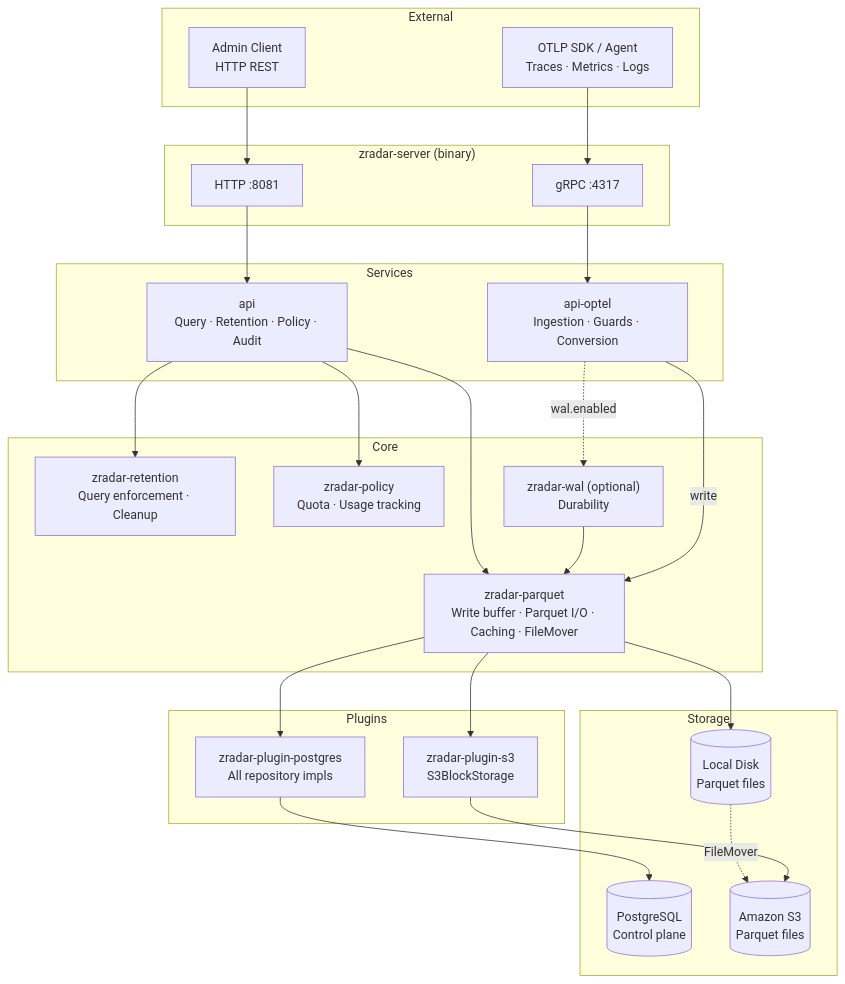
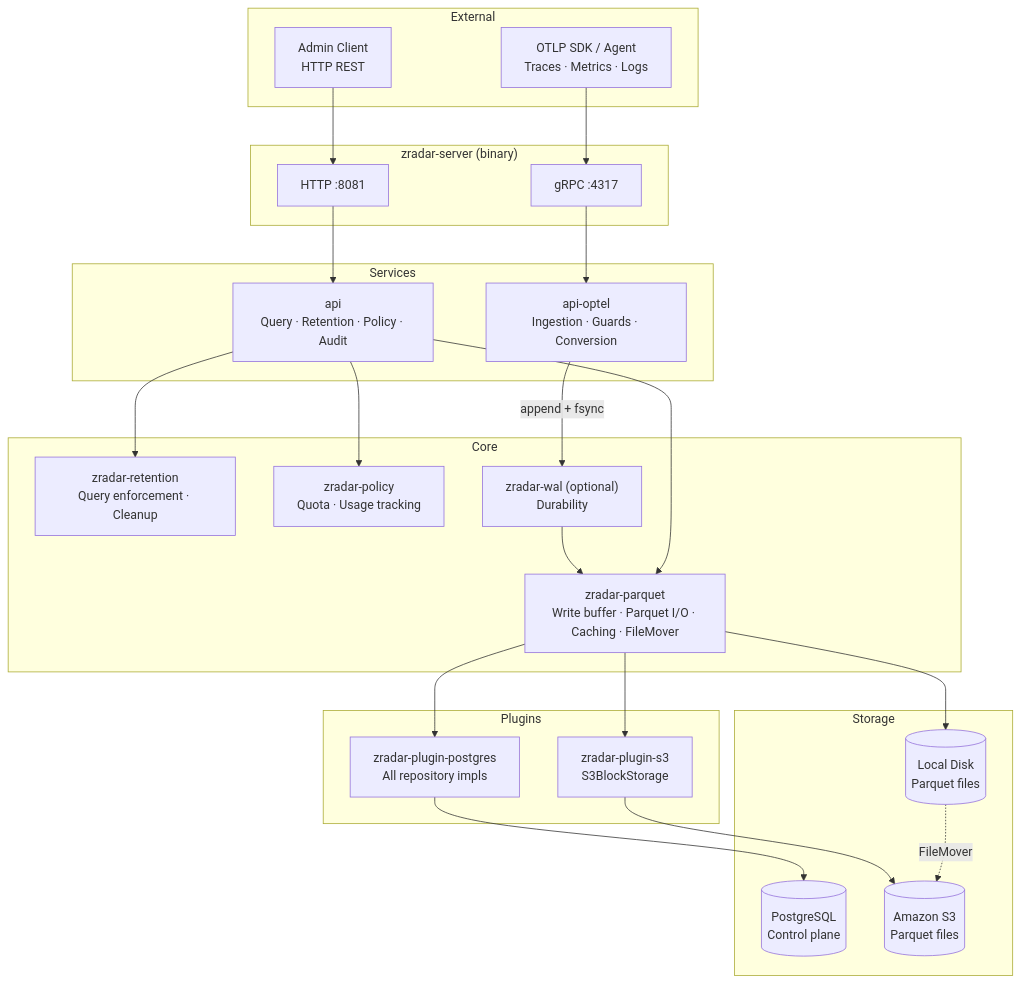
One commit to zvectorlabs/zradar changed the first of 6 diagrams in docs/003_architecture-diagrams.md. Above: the diagram before and after it, drawn with Mermaid. The commit also changed other lines of this file and 30 other files, not shown here.

````diff
--- a/docs/003_architecture-diagrams.md
+++ b/docs/003_architecture-diagrams.md
@@ -11,50 +11,49 @@
 ```mermaid
 flowchart TD
     subgraph EXT["External"]
         SDK["OTLP SDK / Agent\nTraces · Metrics · Logs"]
         ADM["Admin Client\nHTTP REST"]
     end
 
     subgraph BIN["zradar-server  (binary)"]
         GRPC["gRPC  :4317"]
         HTTP["HTTP  :8081"]
     end
 
     subgraph SVC["Services"]
         OPTEL["api-optel\nIngestion · Guards · Conversion"]
         API["api\nQuery · Retention · Policy · Audit"]
     end
 
     subgraph CORE["Core"]
         PAR["zradar-parquet\nWrite buffer · Parquet I/O · Caching · FileMover"]
         RET["zradar-retention\nQuery enforcement · Cleanup"]
         POL["zradar-policy\nQuota · Usage tracking"]
         WALC["zradar-wal  (optional)\nDurability"]
     end
 
     subgraph PLG["Plugins"]
         PGP["zradar-plugin-postgres\nAll repository impls"]
         S3P["zradar-plugin-s3\nS3BlockStorage"]
     end
 
     subgraph STG["Storage"]
         PG[("PostgreSQL\nControl plane")]
         DSK[("Local Disk\nParquet files")]
         S3[("Amazon S3\nParquet files")]
     end
 
     SDK --> GRPC --> OPTEL
     ADM --> HTTP --> API
 
-    OPTEL -->|write| PAR
-    OPTEL -.->|wal.enabled| WALC --> PAR
+    OPTEL -->|append + fsync| WALC --> PAR
 
     API --> RET & POL & PAR
 
     PAR --> PGP & DSK
     PAR --> S3P
 
     PGP --> PG
     S3P --> S3
     DSK -.->|FileMover| S3
 ```
````
